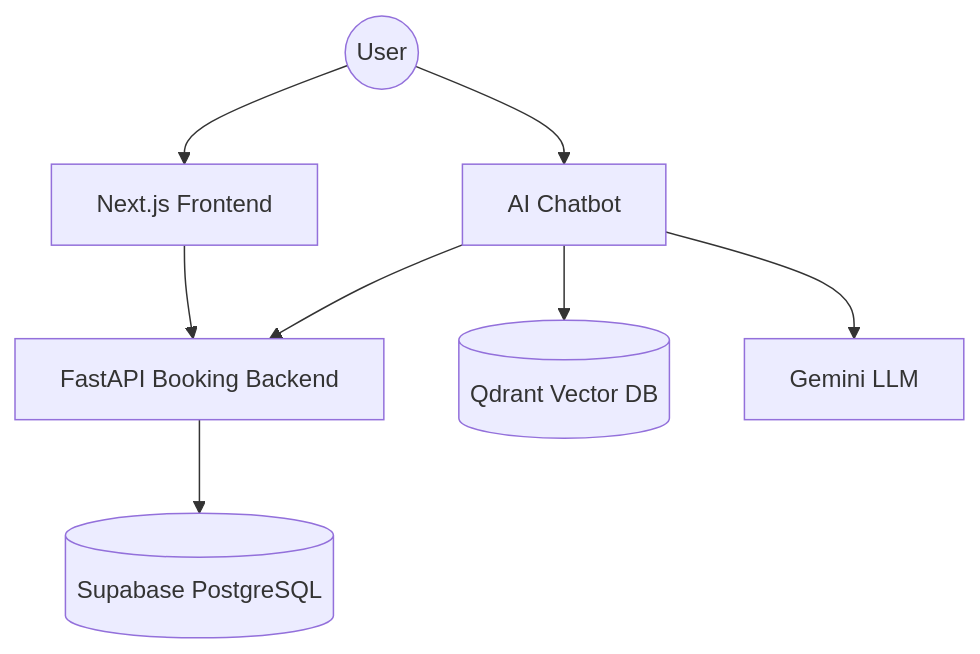
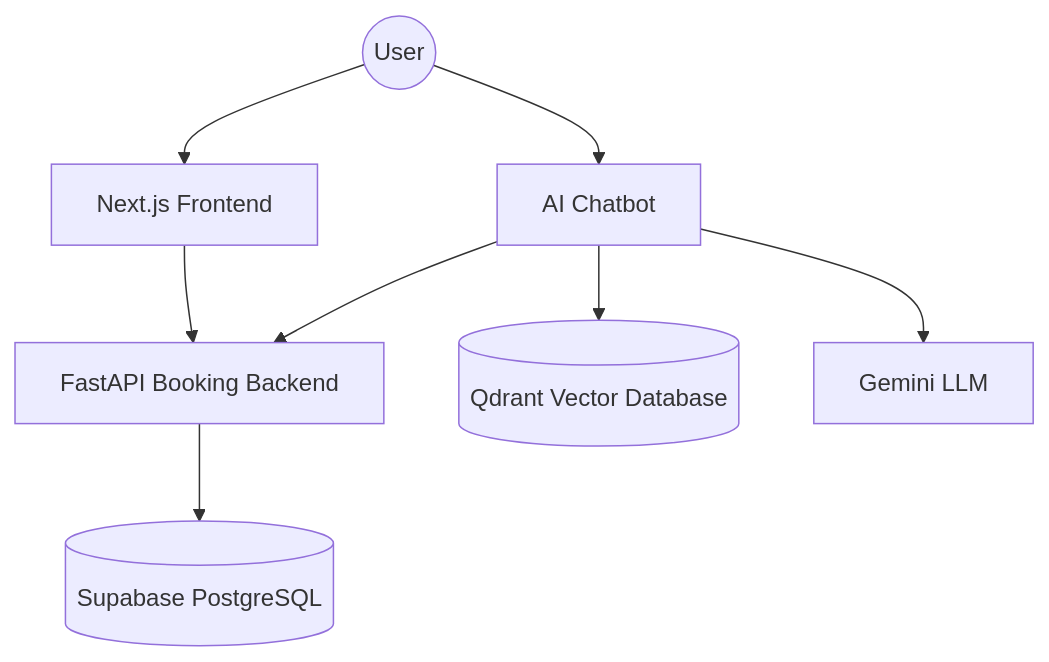
The diagram in README.md (duy-debug/booking-AI-system), drawn with Mermaid before and after one commit.

Commit message:
fix(docs): update Qdrant reference from "Vector DB" to "Vector Database" in README

````diff
--- a/README.md
+++ b/README.md
@@ -84,14 +84,14 @@
 ```mermaid
 flowchart TB
     User((User))
 
     User --> FE[Next.js Frontend]
     User --> CB[AI Chatbot]
 
     FE --> BE[FastAPI Booking Backend]
     CB --> BE
-    CB --> Qdrant[(Qdrant Vector DB)]
+    CB --> Qdrant[(Qdrant Vector Database)]
     CB --> Gemini[Gemini LLM]
 
     BE --> DB[(Supabase PostgreSQL)]
 ```
````
